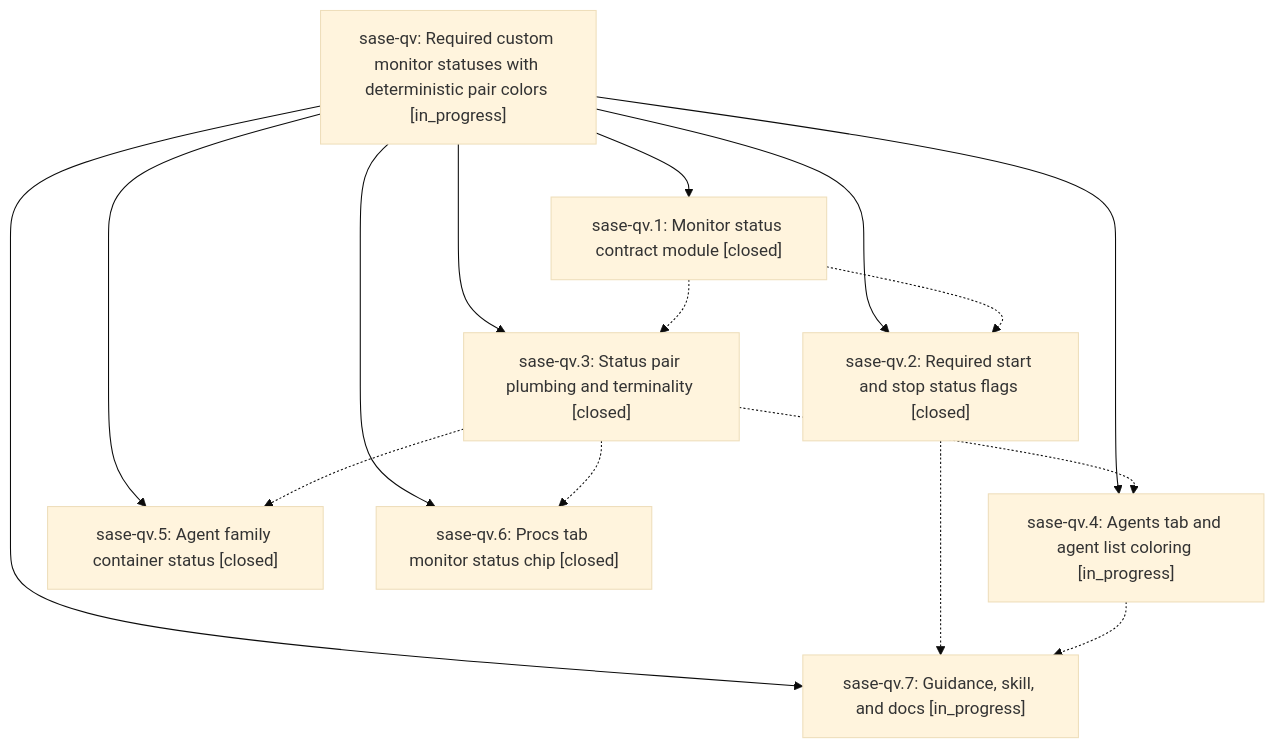
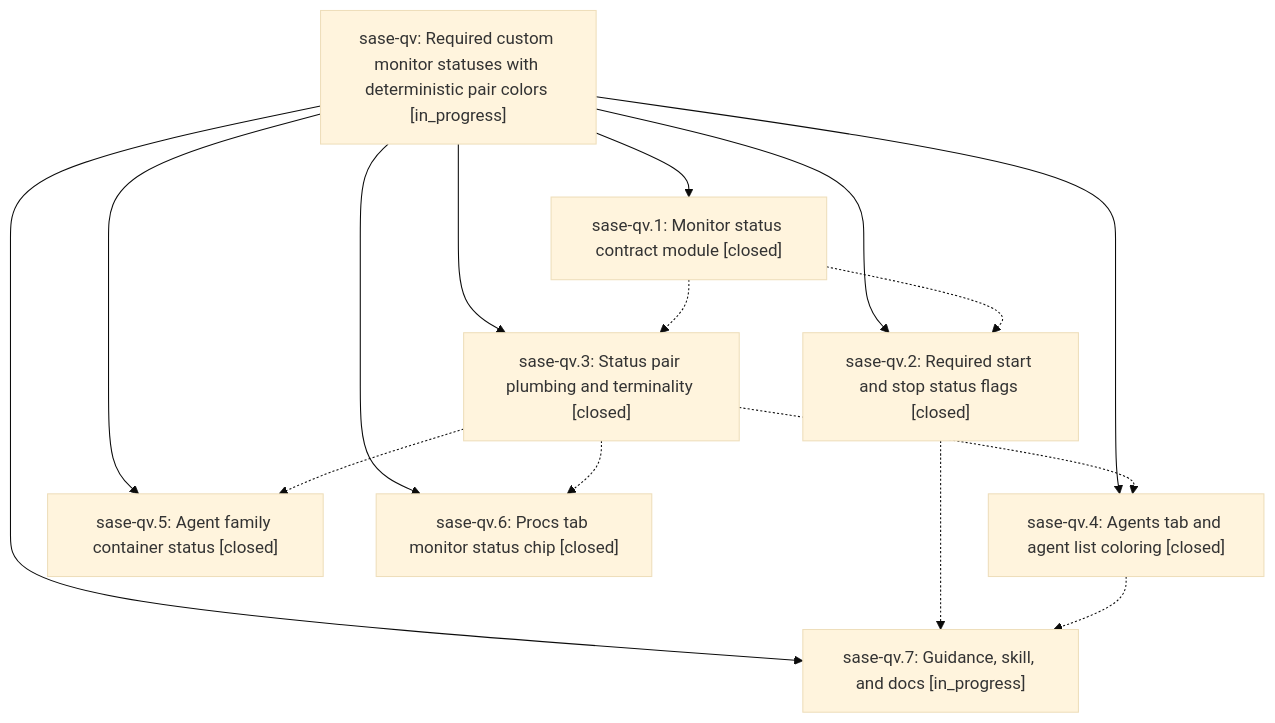
One commit to sase-org/sase--beads changed the diagram in pages/sase-qv/README.md. Above: the diagram before and after it, drawn with Mermaid (base theme). The commit also changed other lines of this file and 3 other files, not shown here.

````diff
--- a/pages/sase-qv/README.md
+++ b/pages/sase-qv/README.md
@@ -32,25 +32,25 @@
 ```mermaid
 flowchart TD
     n0["sase-qv: Required custom monitor statuses with deterministic pair colors [in_progress]"]
     n1["sase-qv.1: Monitor status contract module [closed]"]
     n2["sase-qv.2: Required start and stop status flags [closed]"]
     n3["sase-qv.3: Status pair plumbing and terminality [closed]"]
-    n4["sase-qv.4: Agents tab and agent list coloring [in_progress]"]
+    n4["sase-qv.4: Agents tab and agent list coloring [closed]"]
     n5["sase-qv.5: Agent family container status [closed]"]
     n6["sase-qv.6: Procs tab monitor status chip [closed]"]
     n7["sase-qv.7: Guidance, skill, and docs [in_progress]"]
     n0 --> n1
     n0 --> n2
     n0 --> n3
     n0 --> n4
     n0 --> n5
     n0 --> n6
     n0 --> n7
     n1 -.-> n2
     n1 -.-> n3
     n2 -.-> n7
     n3 -.-> n4
     n3 -.-> n5
     n3 -.-> n6
     n4 -.-> n7
 ```
````
